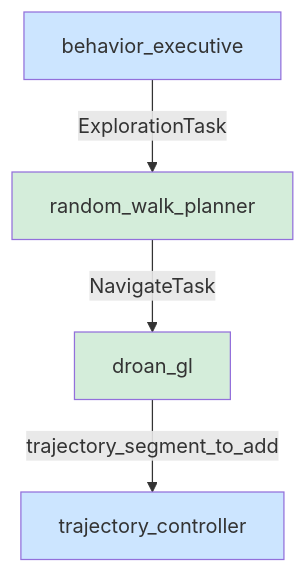
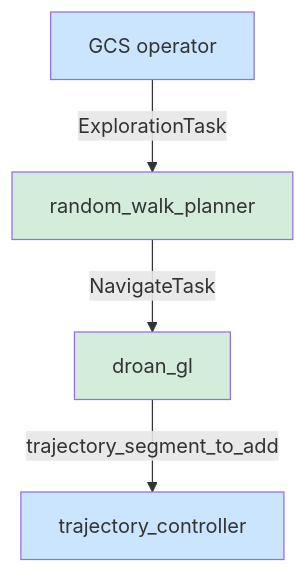
Before and after one commit to castacks/AirStack: the third of 14 diagrams in docs/robot/autonomy/system_architecture.md, drawn with Mermaid. The commit also changed other lines of this file and 104 other files, not shown here.

````diff
--- a/docs/robot/autonomy/system_architecture.md
+++ b/docs/robot/autonomy/system_architecture.md
@@ -76,11 +77,11 @@
 ```mermaid
 graph TD
-    BE[behavior_executive] -->|ExplorationTask| RW[random_walk_planner]
+    GCS[GCS operator] -->|ExplorationTask| RW[random_walk_planner]
     RW -->|NavigateTask| DG[droan_gl]
     DG -->|trajectory_segment_to_add| TC[trajectory_controller]
 
-    style BE fill:#cce5ff
+    style GCS fill:#cce5ff
     style TC fill:#cce5ff
     style RW fill:#d4edda
     style DG fill:#d4edda
 ```
````
